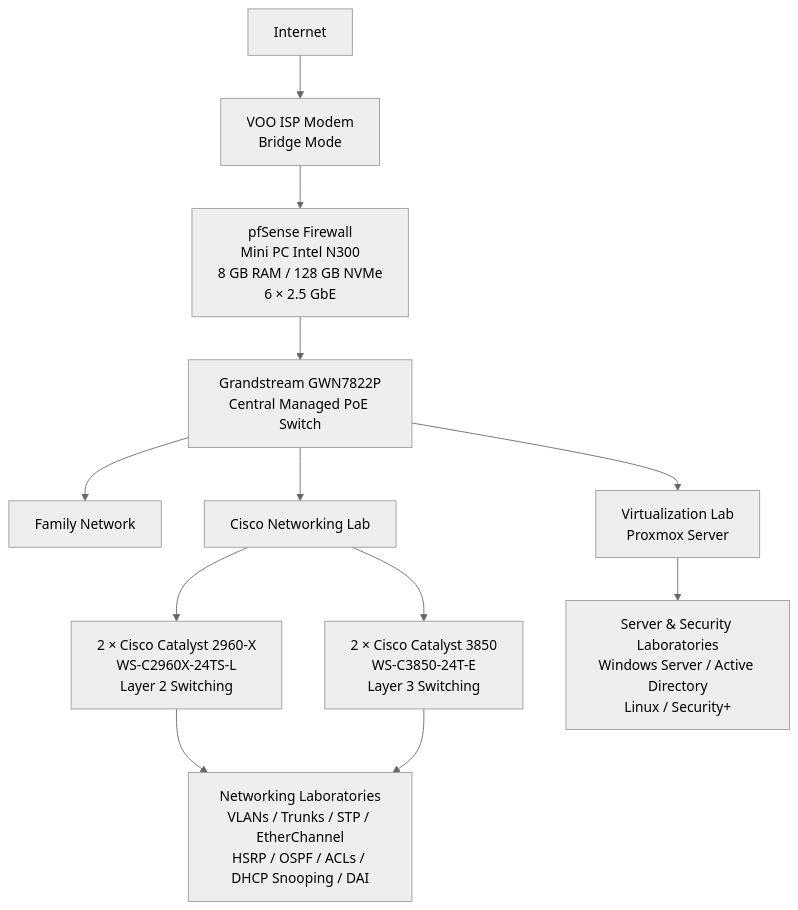
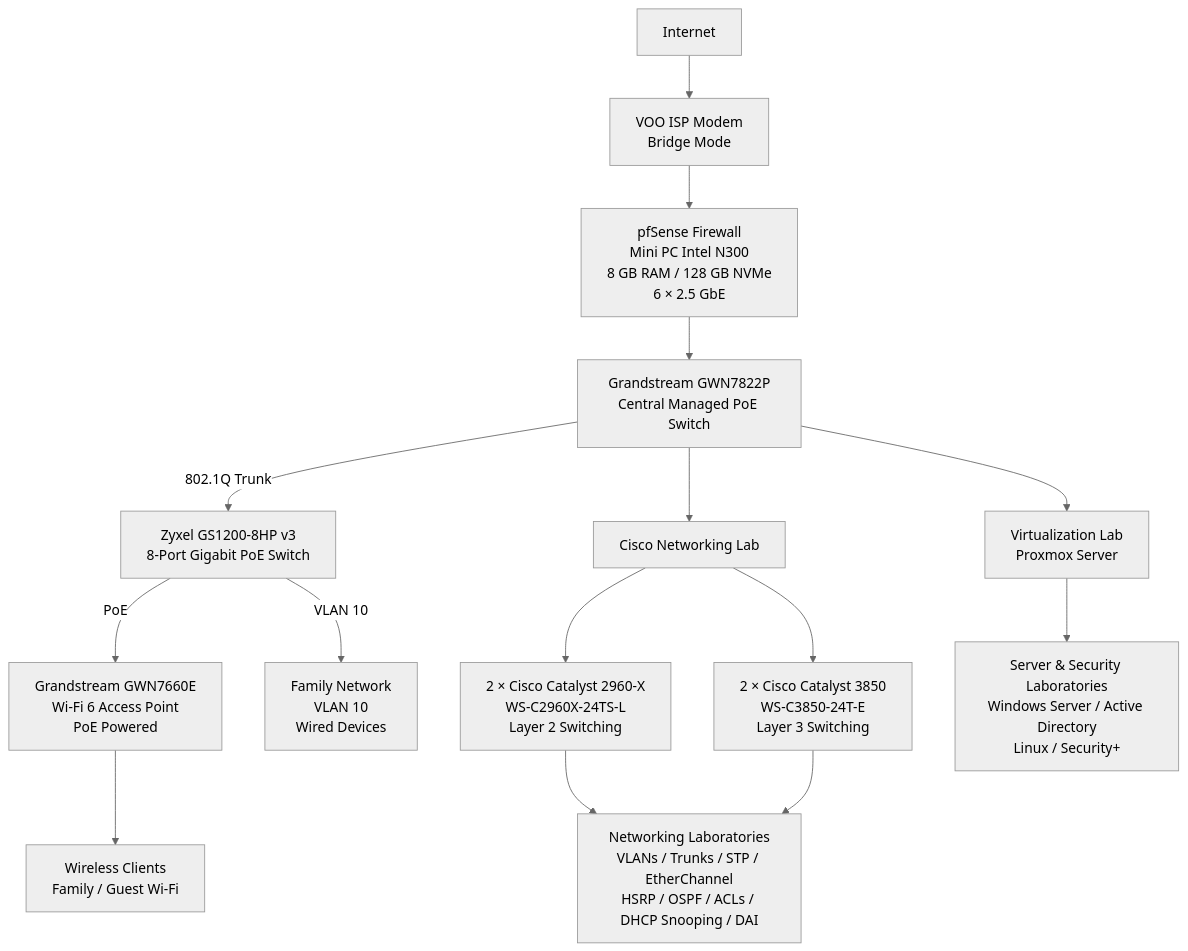
The diagram in README.md (Cypherlab777/Homelab), drawn with Mermaid (neutral theme) before and after one commit. The commit also changed other lines of this file, not shown here.

````diff
--- a/README.md
+++ b/README.md
@@ -65,41 +66,51 @@
 ```mermaid
 flowchart TD
 
     INTERNET["Internet"]
 
     VOO["VOO ISP Modem<br/>Bridge Mode"]
 
     PFSENSE["pfSense Firewall<br/>Mini PC Intel N300<br/>8 GB RAM / 128 GB NVMe<br/>6 × 2.5 GbE"]
 
     GRANDSTREAM["Grandstream GWN7822P<br/>Central Managed PoE Switch"]
 
-    FAMILY["Family Network"]
+    ZYXEL["Zyxel GS1200-8HP v3<br/>8-Port Gigabit PoE Switch"]
+
+    AP["Grandstream GWN7660E<br/>Wi-Fi 6 Access Point<br/>PoE Powered"]
+
+    FAMILY["Family Network<br/>VLAN 10<br/>Wired Devices"]
+
+    WIFI["Wireless Clients<br/>Family / Guest Wi-Fi"]
 
     CISCOLAB["Cisco Networking Lab"]
 
     VIRTUALIZATION["Virtualization Lab<br/>Proxmox Server"]
 
     L2["2 × Cisco Catalyst 2960-X<br/>WS-C2960X-24TS-L<br/>Layer 2 Switching"]
 
     L3["2 × Cisco Catalyst 3850<br/>WS-C3850-24T-E<br/>Layer 3 Switching"]
 
     NETWORKLAB["Networking Laboratories<br/>VLANs / Trunks / STP / EtherChannel<br/>HSRP / OSPF / ACLs / DHCP Snooping / DAI"]
 
     SERVERLAB["Server & Security Laboratories<br/>Windows Server / Active Directory<br/>Linux / Security+"]
 
     INTERNET --> VOO
     VOO --> PFSENSE
     PFSENSE --> GRANDSTREAM
 
-    GRANDSTREAM --> FAMILY
+    GRANDSTREAM -->|"802.1Q Trunk"| ZYXEL
+    ZYXEL -->|"VLAN 10"| FAMILY
+    ZYXEL -->|"PoE"| AP
+    AP --> WIFI
+
     GRANDSTREAM --> CISCOLAB
     GRANDSTREAM --> VIRTUALIZATION
 
     CISCOLAB --> L2
     CISCOLAB --> L3
 
     L2 --> NETWORKLAB
     L3 --> NETWORKLAB
 
     VIRTUALIZATION --> SERVERLAB
 ```
````
